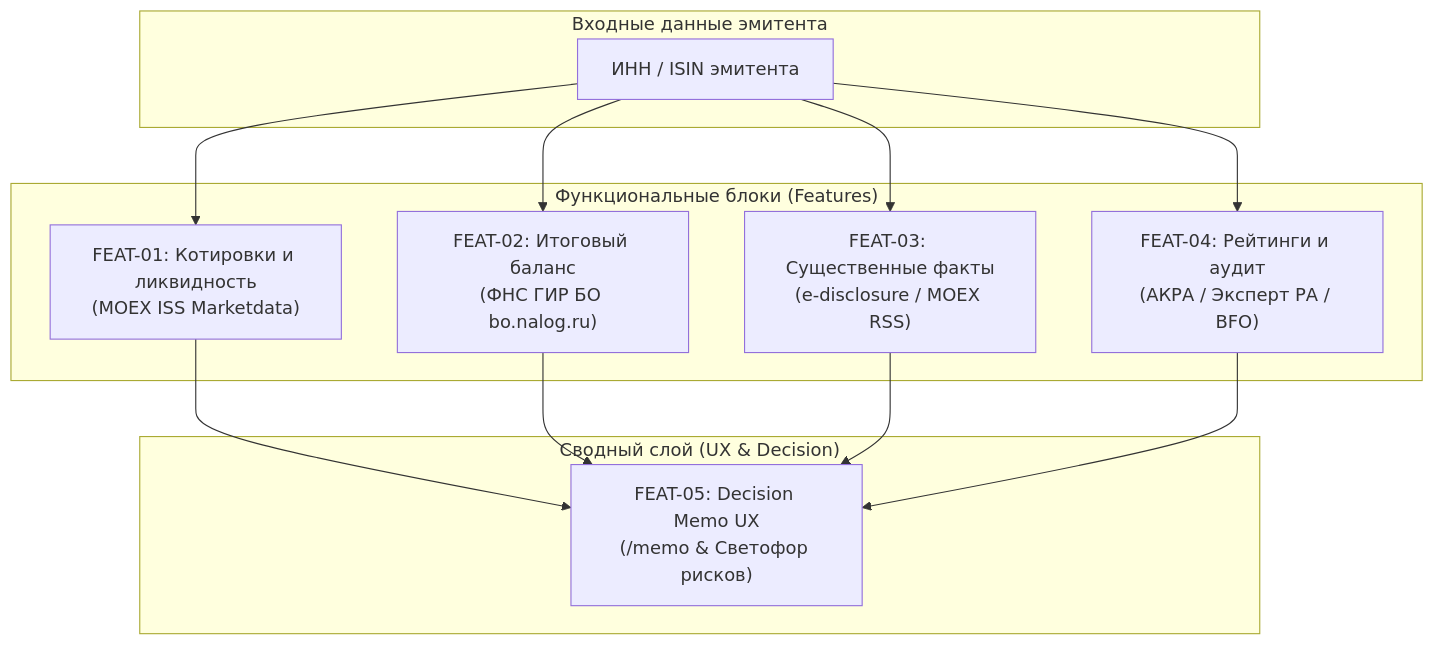
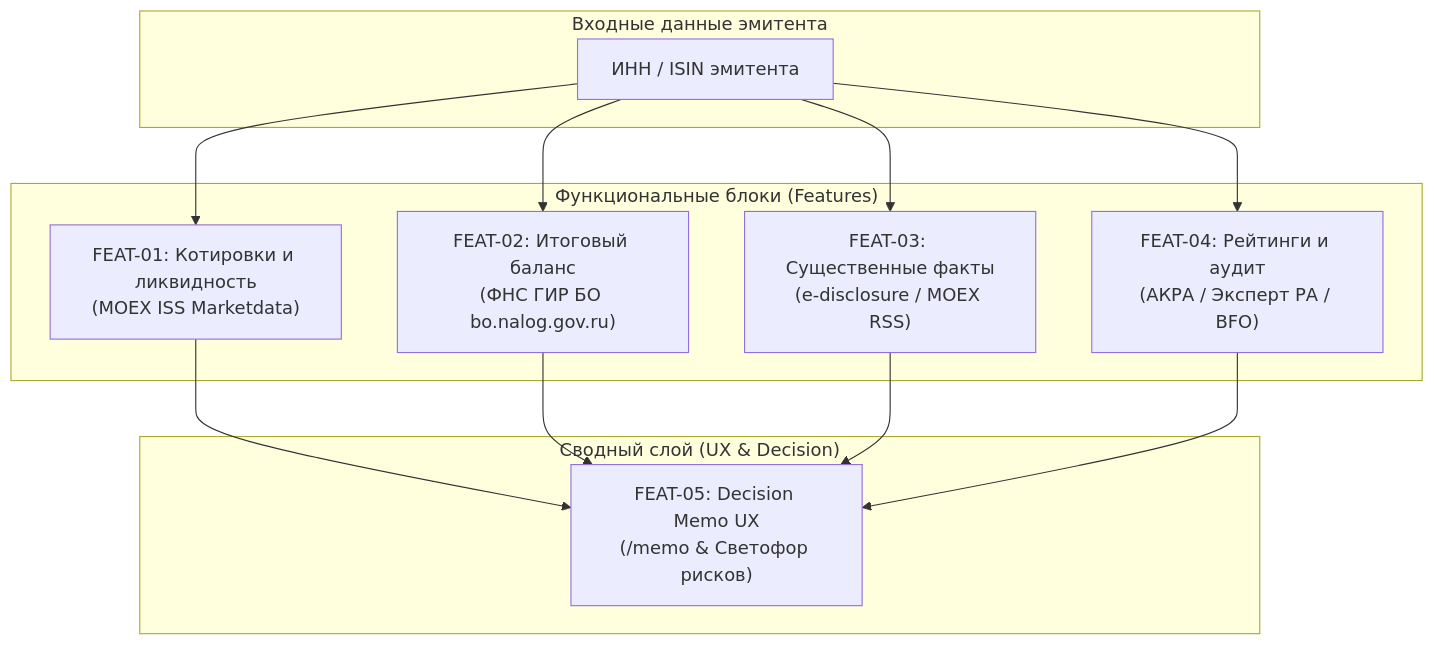
One commit to vfem/telegram-bot-moex changed the diagram in docs/FEATURES_DECOMPOSITION.md. Above: the diagram before and after it, drawn with Mermaid. The commit also changed other lines of this file and 11 other files, not shown here.

Commit message:
docs: align roadmap, MVP stages, deployment guide, and feature specs with MVP-2 state

````diff
--- a/docs/FEATURES_DECOMPOSITION.md
+++ b/docs/FEATURES_DECOMPOSITION.md
@@ -16,27 +16,27 @@
 ```mermaid
 graph TD
     subgraph Core ["Входные данные эмитента"]
         INN["ИНН / ISIN эмитента"]
     end
 
     subgraph Features ["Функциональные блоки (Features)"]
         F1["FEAT-01: Котировки и ликвидность<br/>(MOEX ISS Marketdata)"]
-        F2["FEAT-02: Итоговый баланс<br/>(ФНС ГИР БО bo.nalog.ru)"]
+        F2["FEAT-02: Итоговый баланс<br/>(ФНС ГИР БО bo.nalog.gov.ru)"]
         F3["FEAT-03: Существенные факты<br/>(e-disclosure / MOEX RSS)"]
         F4["FEAT-04: Рейтинги и аудит<br/>(АКРА / Эксперт РА / BFO)"]
     end
 
     subgraph Aggregation ["Сводный слой (UX & Decision)"]
         F5["FEAT-05: Decision Memo UX<br/>(/memo & Светофор рисков)"]
     end
 
     INN --> F1
     INN --> F2
     INN --> F3
     INN --> F4
 
     F1 --> F5
     F2 --> F5
     F3 --> F5
     F4 --> F5
 ```
````
